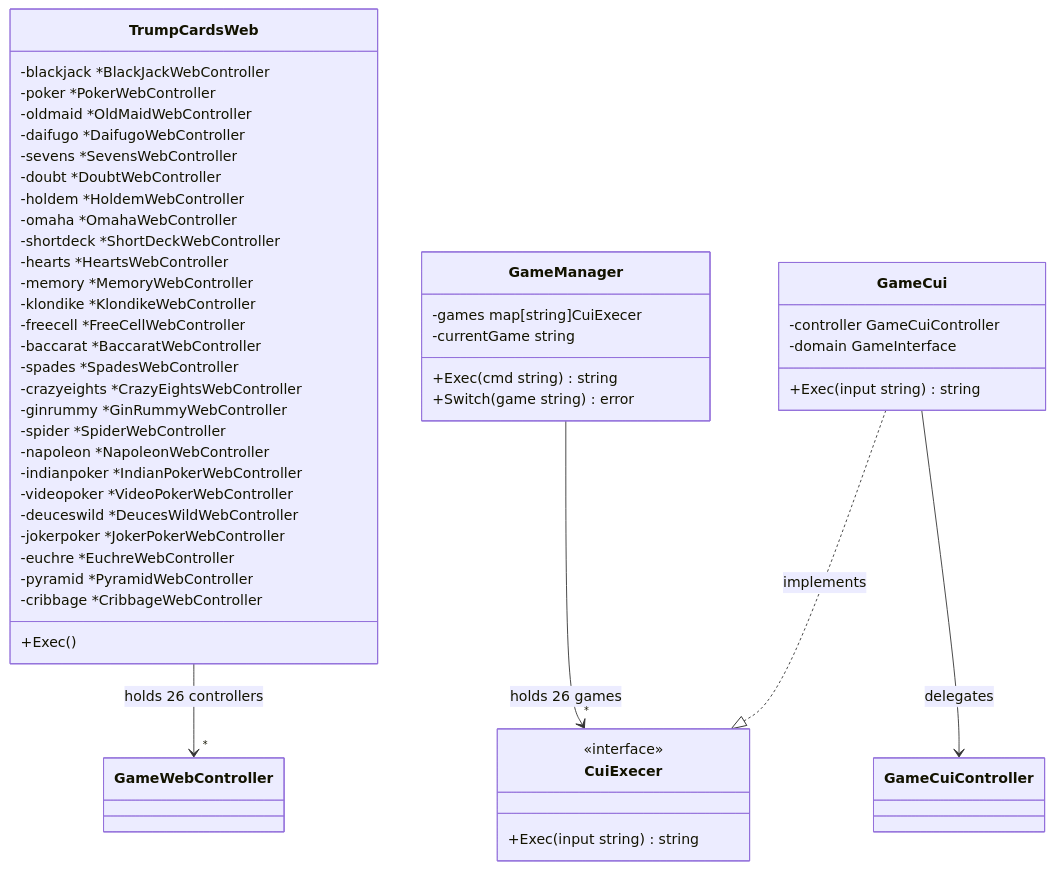
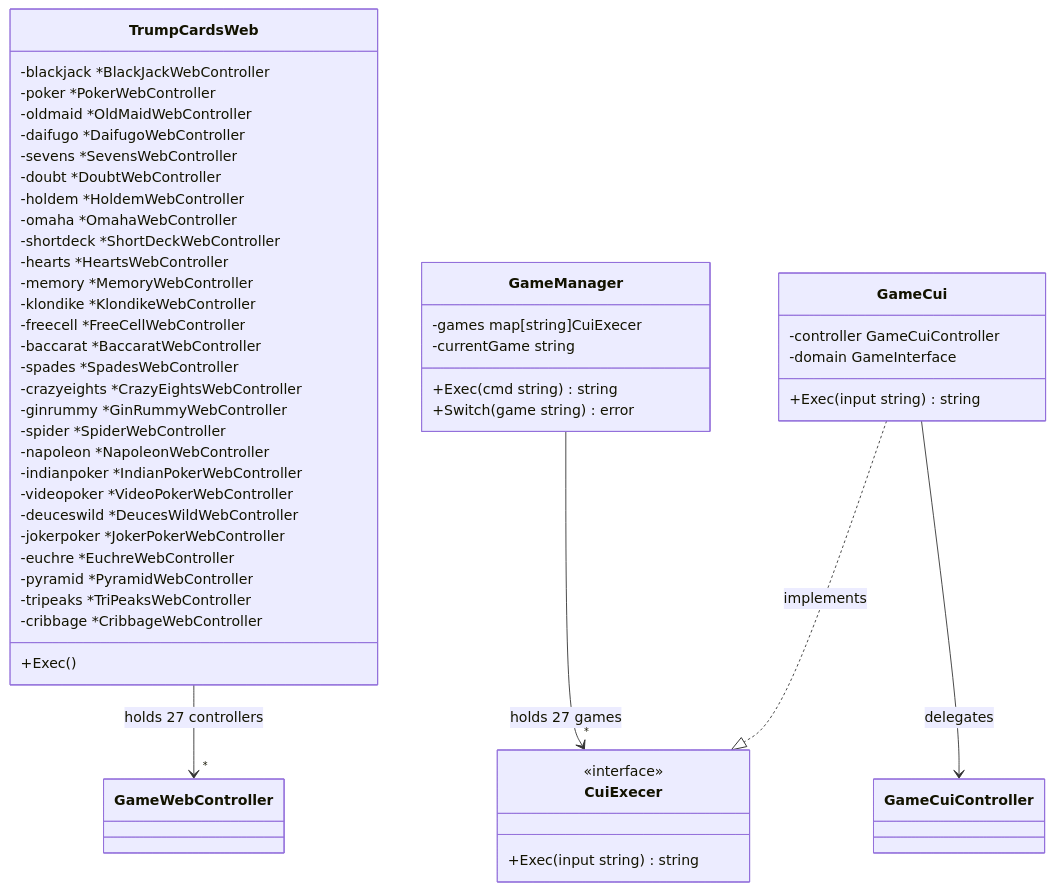
Before and after one commit to yuta-yoshinaga/go_trumpcards: diagram 11 of 31 in docs/design/backend.md, drawn with Mermaid. The commit also changed other lines of this file and 51 other files, not shown here.

First line of the commit message:
feat: add TriPeaks solitaire game

````diff
--- a/docs/design/backend.md
+++ b/docs/design/backend.md
@@ -821,55 +843,56 @@
 ```mermaid
 classDiagram
     class TrumpCardsWeb {
         -blackjack *BlackJackWebController
         -poker *PokerWebController
         -oldmaid *OldMaidWebController
         -daifugo *DaifugoWebController
         -sevens *SevensWebController
         -doubt *DoubtWebController
         -holdem *HoldemWebController
         -omaha *OmahaWebController
         -shortdeck *ShortDeckWebController
         -hearts *HeartsWebController
         -memory *MemoryWebController
         -klondike *KlondikeWebController
         -freecell *FreeCellWebController
         -baccarat *BaccaratWebController
         -spades *SpadesWebController
         -crazyeights *CrazyEightsWebController
         -ginrummy *GinRummyWebController
         -spider *SpiderWebController
         -napoleon *NapoleonWebController
         -indianpoker *IndianPokerWebController
         -videopoker *VideoPokerWebController
         -deuceswild *DeucesWildWebController
         -jokerpoker *JokerPokerWebController
         -euchre *EuchreWebController
         -pyramid *PyramidWebController
+        -tripeaks *TriPeaksWebController
         -cribbage *CribbageWebController
         +Exec()
     }
 
     class GameManager {
         -games map[string]CuiExecer
         -currentGame string
         +Exec(cmd string) string
         +Switch(game string) error
     }
 
     class CuiExecer {
         <<interface>>
         +Exec(input string) string
     }
 
     class GameCui {
         -controller GameCuiController
         -domain GameInterface
         +Exec(input string) string
     }
 
-    TrumpCardsWeb --> "*" GameWebController : holds 26 controllers
-    GameManager --> "*" CuiExecer : holds 26 games
+    TrumpCardsWeb --> "*" GameWebController : holds 27 controllers
+    GameManager --> "*" CuiExecer : holds 27 games
     GameCui ..|> CuiExecer : implements
     GameCui --> GameCuiController : delegates
 ```
````
